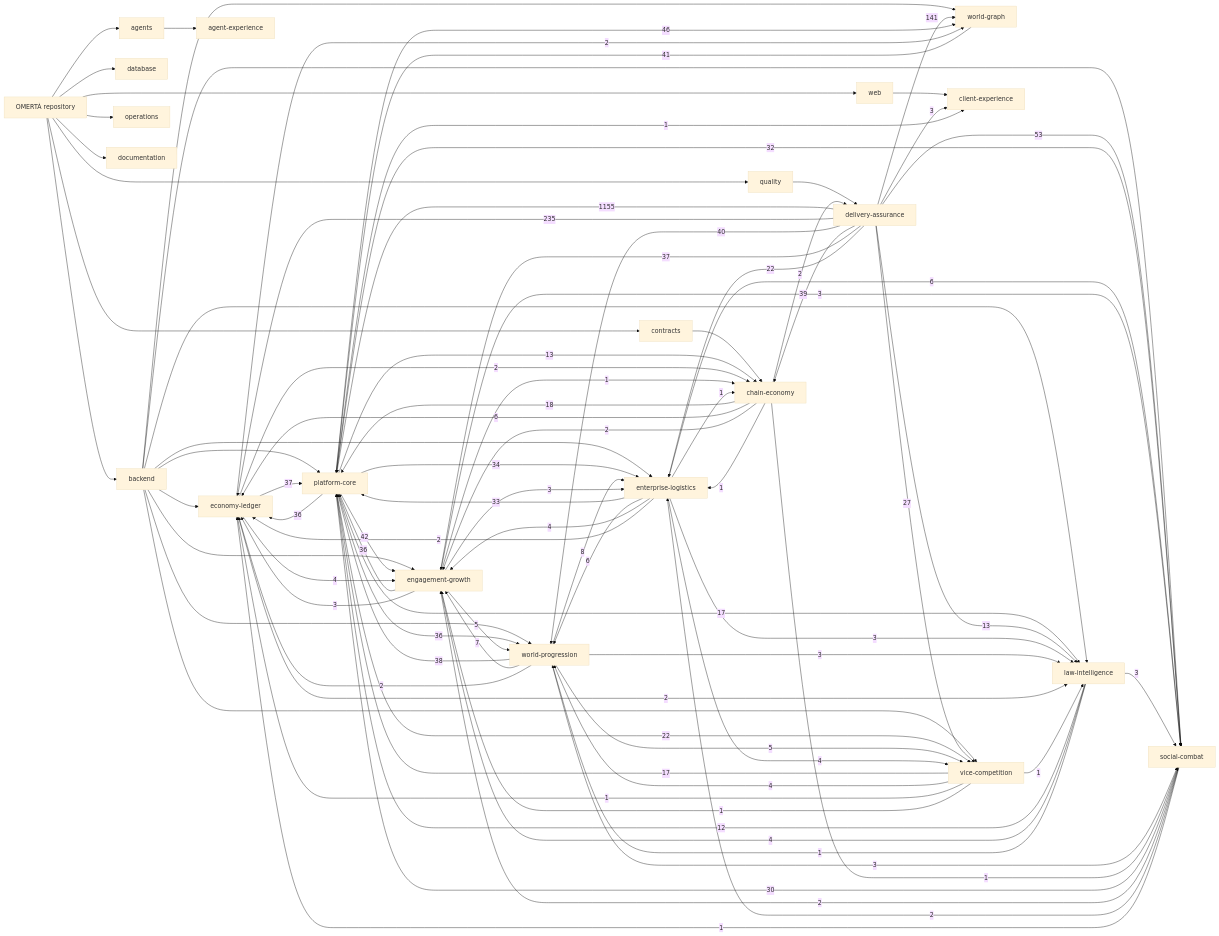
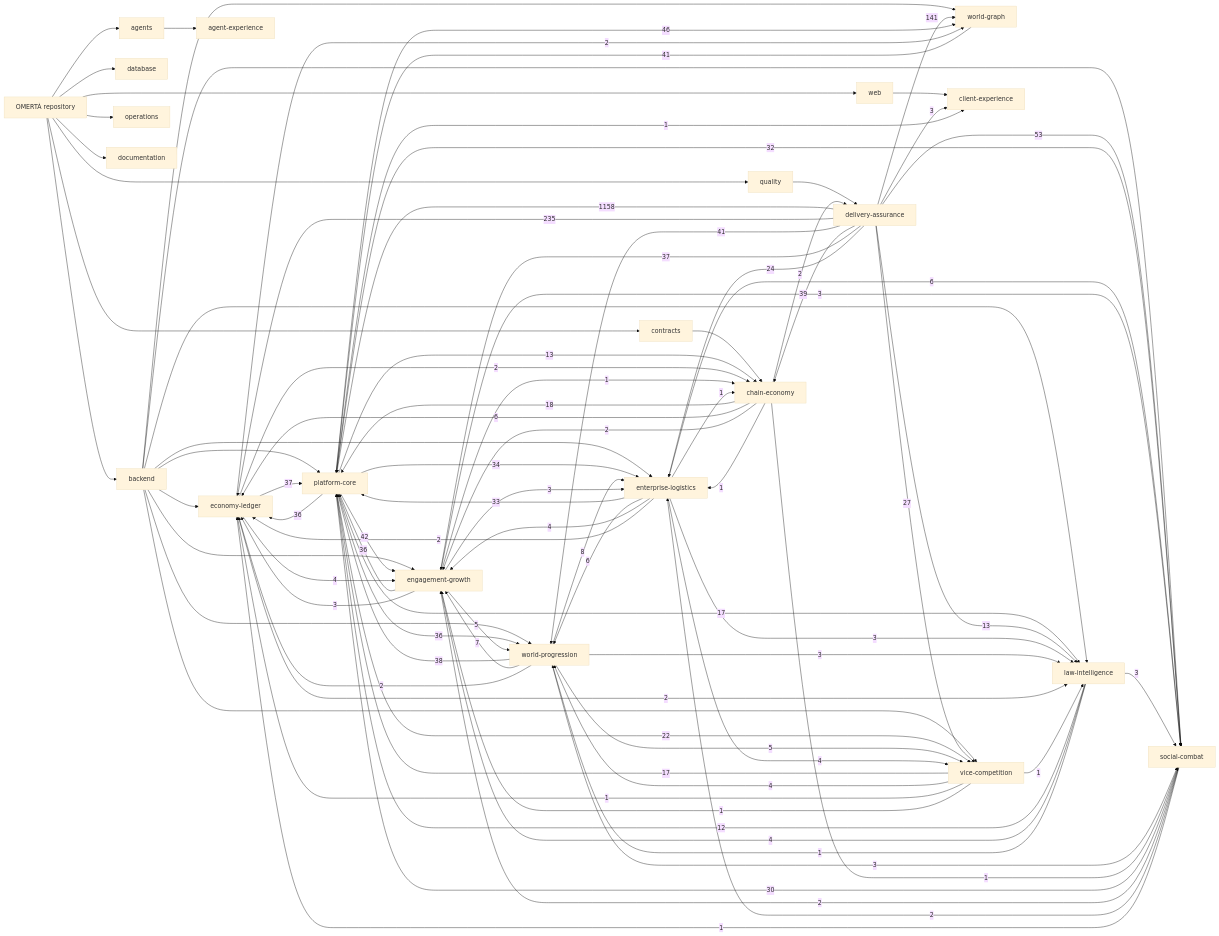
One commit to OmertaDev/Omerta changed the diagram in knowledge/generated/graph.mmd. Above: the diagram before and after it, drawn with Mermaid (base theme). The commit also changed 7 other files, not shown here.

```diff
--- a/knowledge/generated/graph.mmd
+++ b/knowledge/generated/graph.mmd
@@ -1,111 +1,111 @@
 flowchart LR
   repo["OMERTÀ repository"]
   sub_backend["backend"]
   repo --> sub_backend
   sub_database["database"]
   repo --> sub_database
   sub_web["web"]
   repo --> sub_web
   sub_contracts["contracts"]
   repo --> sub_contracts
   sub_agents["agents"]
   repo --> sub_agents
   sub_quality["quality"]
   repo --> sub_quality
   sub_operations["operations"]
   repo --> sub_operations
   sub_documentation["documentation"]
   repo --> sub_documentation
   dom_platform-core["platform-core"]
   dom_economy-ledger["economy-ledger"]
   dom_social-combat["social-combat"]
   dom_world-progression["world-progression"]
   dom_world-graph["world-graph"]
   dom_enterprise-logistics["enterprise-logistics"]
   dom_vice-competition["vice-competition"]
   dom_law-intelligence["law-intelligence"]
   dom_chain-economy["chain-economy"]
   dom_engagement-growth["engagement-growth"]
   dom_client-experience["client-experience"]
   dom_agent-experience["agent-experience"]
   dom_delivery-assurance["delivery-assurance"]
   sub_agents --> dom_agent-experience
   sub_backend --> dom_economy-ledger
   sub_backend --> dom_engagement-growth
   sub_backend --> dom_enterprise-logistics
   sub_backend --> dom_law-intelligence
   sub_backend --> dom_platform-core
   sub_backend --> dom_social-combat
   sub_backend --> dom_vice-competition
   sub_backend --> dom_world-graph
   sub_backend --> dom_world-progression
   sub_contracts --> dom_chain-economy
   sub_quality --> dom_delivery-assurance
   sub_web --> dom_client-experience
-  dom_delivery-assurance -->|1155| dom_platform-core
+  dom_delivery-assurance -->|1158| dom_platform-core
   dom_delivery-assurance -->|235| dom_economy-ledger
   dom_delivery-assurance -->|141| dom_world-graph
   dom_delivery-assurance -->|53| dom_social-combat
   dom_platform-core -->|46| dom_world-graph
   dom_platform-core -->|42| dom_engagement-growth
+  dom_delivery-assurance -->|41| dom_world-progression
   dom_world-graph -->|41| dom_platform-core
-  dom_delivery-assurance -->|40| dom_world-progression
   dom_delivery-assurance -->|39| dom_chain-economy
   dom_world-progression -->|38| dom_platform-core
   dom_delivery-assurance -->|37| dom_engagement-growth
   dom_economy-ledger -->|37| dom_platform-core
   dom_engagement-growth -->|36| dom_platform-core
   dom_platform-core -->|36| dom_economy-ledger
   dom_platform-core -->|36| dom_world-progression
   dom_platform-core -->|34| dom_enterprise-logistics
   dom_enterprise-logistics -->|33| dom_platform-core
   dom_platform-core -->|32| dom_social-combat
   dom_social-combat -->|30| dom_platform-core
   dom_delivery-assurance -->|27| dom_vice-competition
-  dom_delivery-assurance -->|22| dom_enterprise-logistics
+  dom_delivery-assurance -->|24| dom_enterprise-logistics
   dom_platform-core -->|22| dom_vice-competition
   dom_chain-economy -->|18| dom_platform-core
   dom_platform-core -->|17| dom_law-intelligence
   dom_vice-competition -->|17| dom_platform-core
   dom_delivery-assurance -->|13| dom_law-intelligence
   dom_platform-core -->|13| dom_chain-economy
   dom_law-intelligence -->|12| dom_platform-core
   dom_world-progression -->|8| dom_enterprise-logistics
   dom_world-progression -->|7| dom_engagement-growth
   dom_chain-economy -->|6| dom_economy-ledger
   dom_enterprise-logistics -->|6| dom_social-combat
   dom_enterprise-logistics -->|6| dom_world-progression
   dom_engagement-growth -->|5| dom_world-progression
   dom_world-progression -->|5| dom_vice-competition
   dom_economy-ledger -->|4| dom_engagement-growth
   dom_enterprise-logistics -->|4| dom_engagement-growth
   dom_enterprise-logistics -->|4| dom_vice-competition
   dom_law-intelligence -->|4| dom_engagement-growth
   dom_vice-competition -->|4| dom_world-progression
   dom_delivery-assurance -->|3| dom_client-experience
   dom_engagement-growth -->|3| dom_economy-ledger
   dom_engagement-growth -->|3| dom_enterprise-logistics
   dom_engagement-growth -->|3| dom_social-combat
   dom_enterprise-logistics -->|3| dom_law-intelligence
   dom_law-intelligence -->|3| dom_social-combat
   dom_world-progression -->|3| dom_law-intelligence
   dom_world-progression -->|3| dom_social-combat
   dom_chain-economy -->|2| dom_delivery-assurance
   dom_chain-economy -->|2| dom_engagement-growth
   dom_economy-ledger -->|2| dom_chain-economy
   dom_economy-ledger -->|2| dom_law-intelligence
   dom_economy-ledger -->|2| dom_world-graph
   dom_enterprise-logistics -->|2| dom_economy-ledger
   dom_social-combat -->|2| dom_engagement-growth
   dom_social-combat -->|2| dom_enterprise-logistics
   dom_world-progression -->|2| dom_economy-ledger
   dom_chain-economy -->|1| dom_enterprise-logistics
   dom_chain-economy -->|1| dom_social-combat
   dom_engagement-growth -->|1| dom_chain-economy
   dom_enterprise-logistics -->|1| dom_chain-economy
   dom_law-intelligence -->|1| dom_world-progression
   dom_platform-core -->|1| dom_client-experience
   dom_social-combat -->|1| dom_economy-ledger
   dom_vice-competition -->|1| dom_economy-ledger
   dom_vice-competition -->|1| dom_engagement-growth
   dom_vice-competition -->|1| dom_law-intelligence
```
